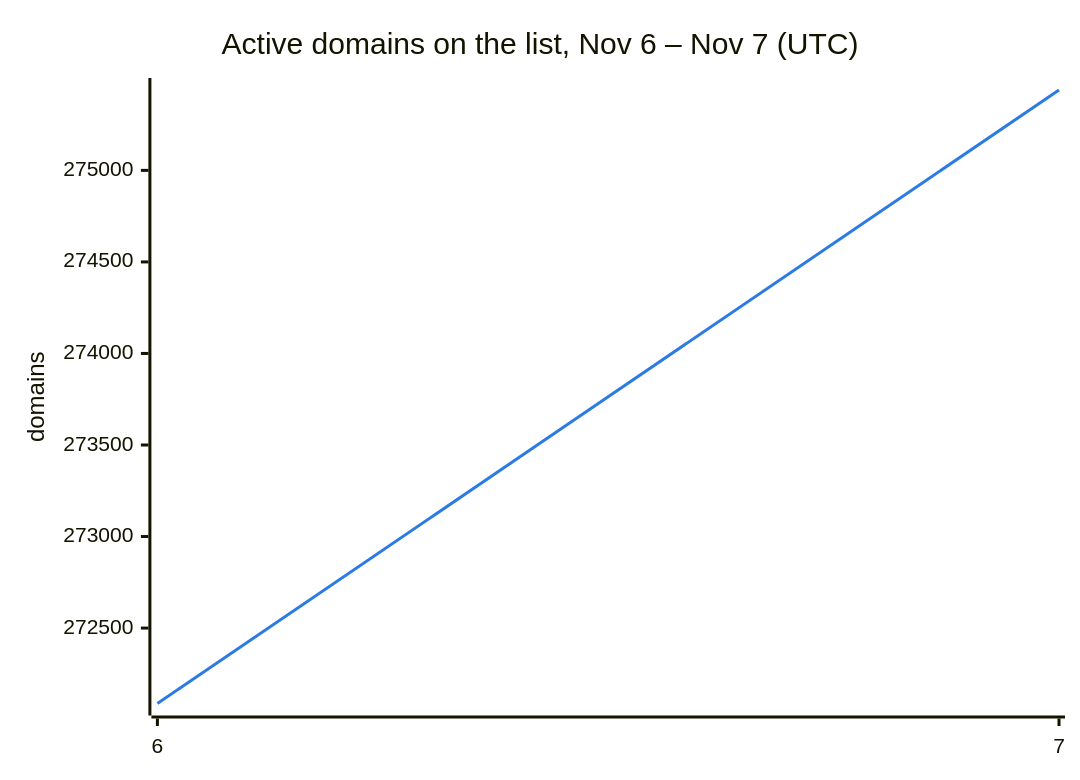
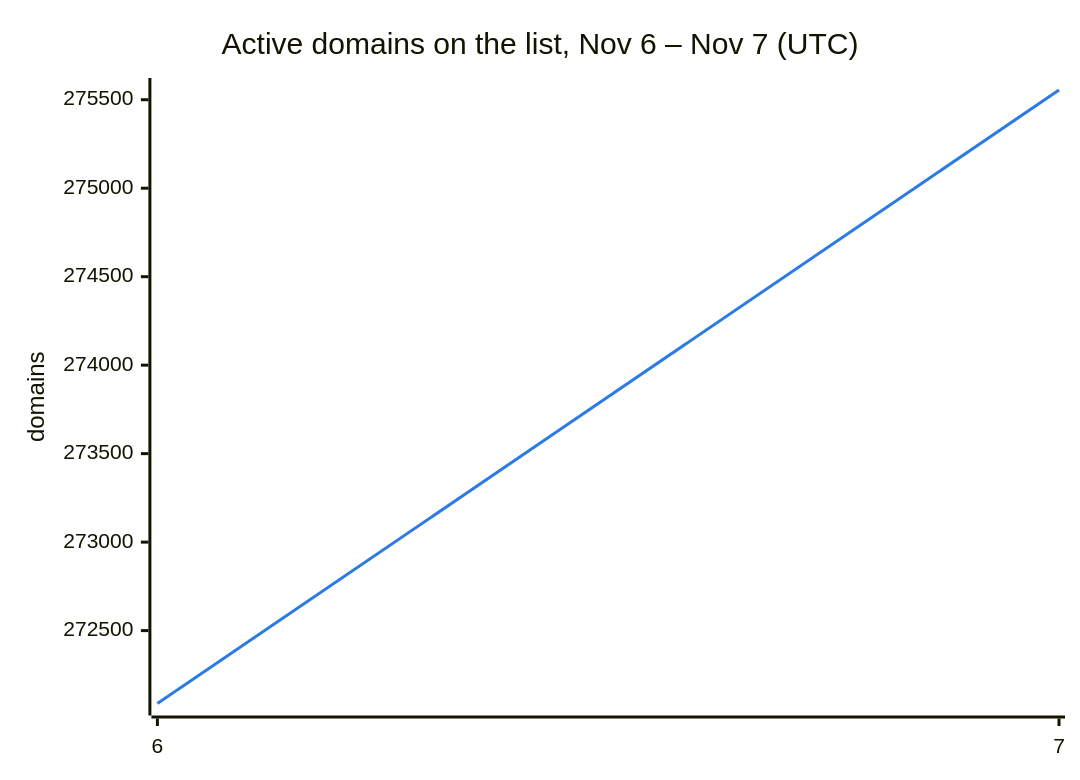
The second of 3 diagrams in README.md (DNSBunker/CTI), drawn with Mermaid before and after one commit. The commit also changed other lines of this file and 3 other files, not shown here.

````diff
--- a/README.md
+++ b/README.md
@@ -38,8 +38,8 @@
 ```mermaid
 %%{init: {"themeVariables": {"xyChart": {"plotColorPalette": "#2c7be5"}}}}%%
 xychart-beta
     title "Active domains on the list, Nov 6 – Nov 7 (UTC)"
     x-axis ["6", "7"]
     y-axis "domains"
-    line [272088, 275439]
+    line [272088, 275555]
 ```
````
